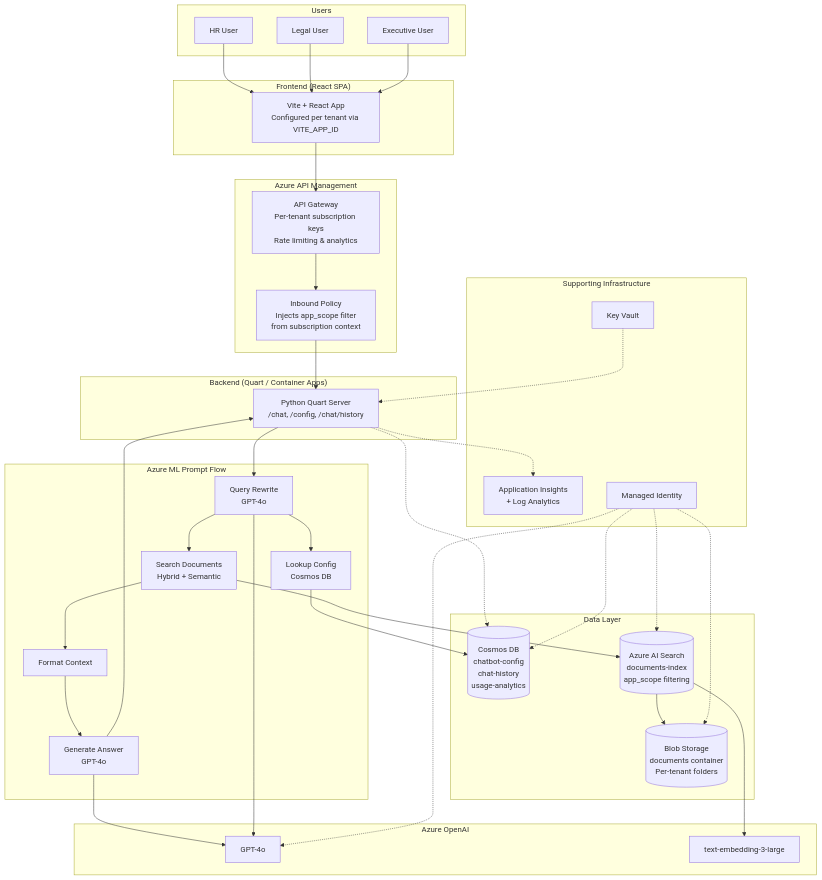
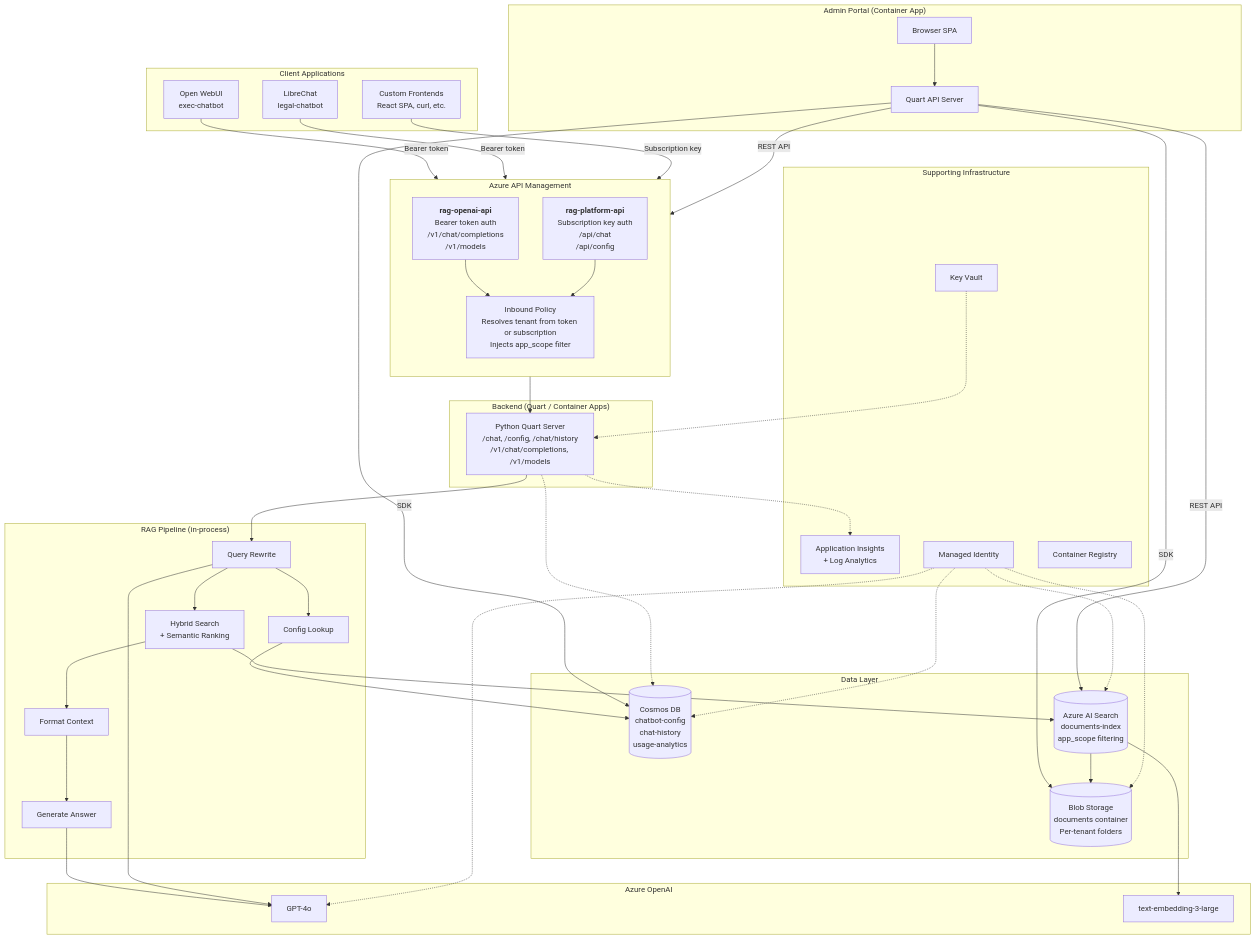
One commit to Stealth-Labs-LTD/Multi-Tenant-RAG changed the diagram in docs/architecture.md. Above: the diagram before and after it, drawn with Mermaid. The commit also changed other lines of this file and 2 other files, not shown here.

First line of the commit message:
Update architecture docs to reflect OpenAI-compatible API and third-party UIs

````diff
--- a/docs/architecture.md
+++ b/docs/architecture.md
@@ -9,65 +11,78 @@
 ```mermaid
 flowchart TB
-    subgraph Users
-        U1[HR User]
-        U2[Legal User]
-        U3[Executive User]
+    subgraph Clients["Client Applications"]
+        OW[Open WebUI<br/>exec-chatbot]
+        LC[LibreChat<br/>legal-chatbot]
+        CUSTOM[Custom Frontends<br/>React SPA, curl, etc.]
     end
 
-    subgraph Frontend["Frontend (React SPA)"]
-        FE[Vite + React App<br/>Configured per tenant via VITE_APP_ID]
+    subgraph Admin["Admin Portal (Container App)"]
+        AP_UI[Browser SPA]
+        AP_API[Quart API Server]
     end
 
     subgraph APIM["Azure API Management"]
-        AP[API Gateway<br/>Per-tenant subscription keys<br/>Rate limiting & analytics]
-        POL[Inbound Policy<br/>Injects app_scope filter<br/>from subscription context]
+        direction TB
+        OPENAI_API["`**rag-openai-api**
+        Bearer token auth
+        /v1/chat/completions
+        /v1/models`"]
+        PLATFORM_API["`**rag-platform-api**
+        Subscription key auth
+        /api/chat
+        /api/config`"]
+        POL[Inbound Policy<br/>Resolves tenant from token or subscription<br/>Injects app_scope filter]
     end
 
     subgraph Backend["Backend (Quart / Container Apps)"]
-        BE[Python Quart Server<br/>/chat, /config, /chat/history]
+        BE[Python Quart Server<br/>/chat, /config, /chat/history<br/>/v1/chat/completions, /v1/models]
     end
 
-    subgraph PromptFlow["Azure ML Prompt Flow"]
-        QR[Query Rewrite<br/>GPT-4o]
-        SD[Search Documents<br/>Hybrid + Semantic]
-        LC[Lookup Config<br/>Cosmos DB]
+    subgraph RAG["RAG Pipeline (in-process)"]
+        QR[Query Rewrite]
+        SR[Hybrid Search<br/>+ Semantic Ranking]
+        CL[Config Lookup]
         FC[Format Context]
-        GA[Generate Answer<br/>GPT-4o]
+        GA[Generate Answer]
     end
 
     subgraph DataLayer["Data Layer"]
         COSMOS[(Cosmos DB<br/>chatbot-config<br/>chat-history<br/>usage-analytics)]
         SEARCH[(Azure AI Search<br/>documents-index<br/>app_scope filtering)]
         BLOB[(Blob Storage<br/>documents container<br/>Per-tenant folders)]
     end
 
     subgraph AI["Azure OpenAI"]
         GPT[GPT-4o]
         EMB[text-embedding-3-large]
     end
 
     subgraph Infra["Supporting Infrastructure"]
         KV[Key Vault]
         MON[Application Insights<br/>+ Log Analytics]
         ID[Managed Identity]
+        ACR[Container Registry]
     end
 
-    U1 & U2 & U3 --> FE
-    FE --> AP
-    AP --> POL --> BE
-    BE --> QR
-    QR --> SD
-    QR --> LC
-    SD --> SEARCH
-    LC --> COSMOS
-    SD --> FC --> GA
-    GA --> BE
+    OW & LC -->|Bearer token| OPENAI_API
+    CUSTOM -->|Subscription key| PLATFORM_API
+    OPENAI_API & PLATFORM_API --> POL --> BE
+    AP_UI --> AP_API
+    AP_API -->|REST API| APIM
+    AP_API -->|SDK| COSMOS
+    AP_API -->|SDK| BLOB
+    AP_API -->|REST API| SEARCH
+    BE --> QR --> SR
+    QR --> CL
+    SR --> SEARCH
+    CL --> COSMOS
+    SR --> FC --> GA
+    GA --> GPT
+    QR --> GPT
     SEARCH --> BLOB
     SEARCH --> EMB
-    GA --> GPT
-    QR --> GPT
     BE -.-> COSMOS
     ID -.-> SEARCH & COSMOS & BLOB & GPT
     BE -.-> MON
     KV -.-> BE
 ```
````
